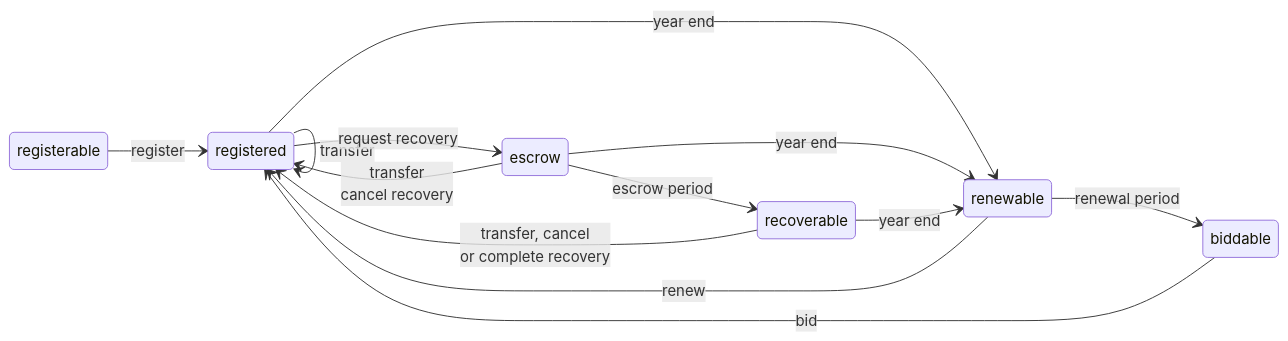
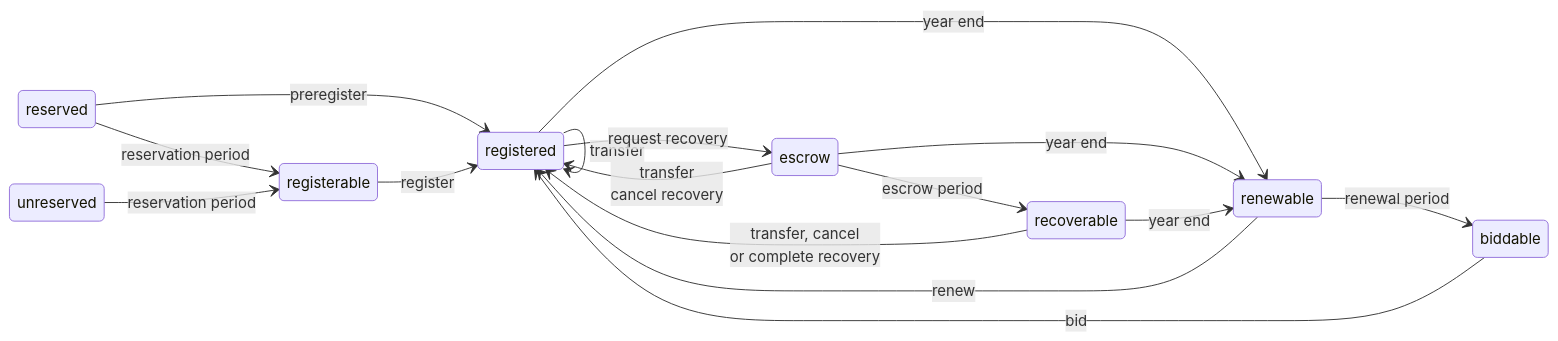
The second of 2 diagrams in docs/docs.md (farcasterxyz/contracts), drawn with Mermaid before and after one commit. The commit also changed other lines of this file, not shown here.

Commit message:
docs((namespace)): add username reservation state

````diff
--- a/docs/docs.md
+++ b/docs/docs.md
@@ -74,16 +76,19 @@
 ```mermaid
     stateDiagram-v2
         direction LR
+        reserved --> registerable: reservation period
+        reserved --> registered: preregister
+        unreserved --> registerable: reservation period
         registerable --> registered: register
         registered --> renewable: year end
         renewable --> biddable: renewal period
         biddable --> registered: bid
         registered --> registered: transfer
         registered --> escrow: request recovery
         escrow --> recoverable: escrow period
         escrow --> renewable: year end
         recoverable --> registered: transfer, cancel <br>  or complete recovery
         recoverable --> renewable: year end
         renewable --> registered: renew
         escrow --> registered: transfer <br> cancel recovery
 ```
````
